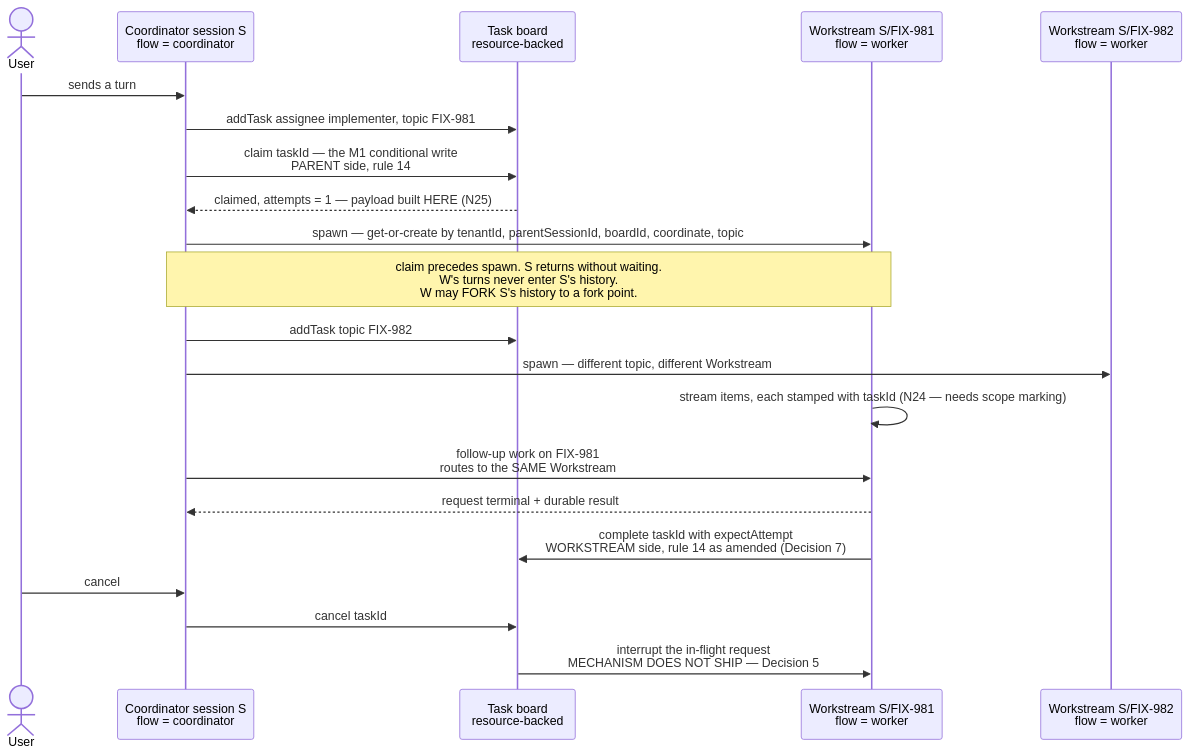
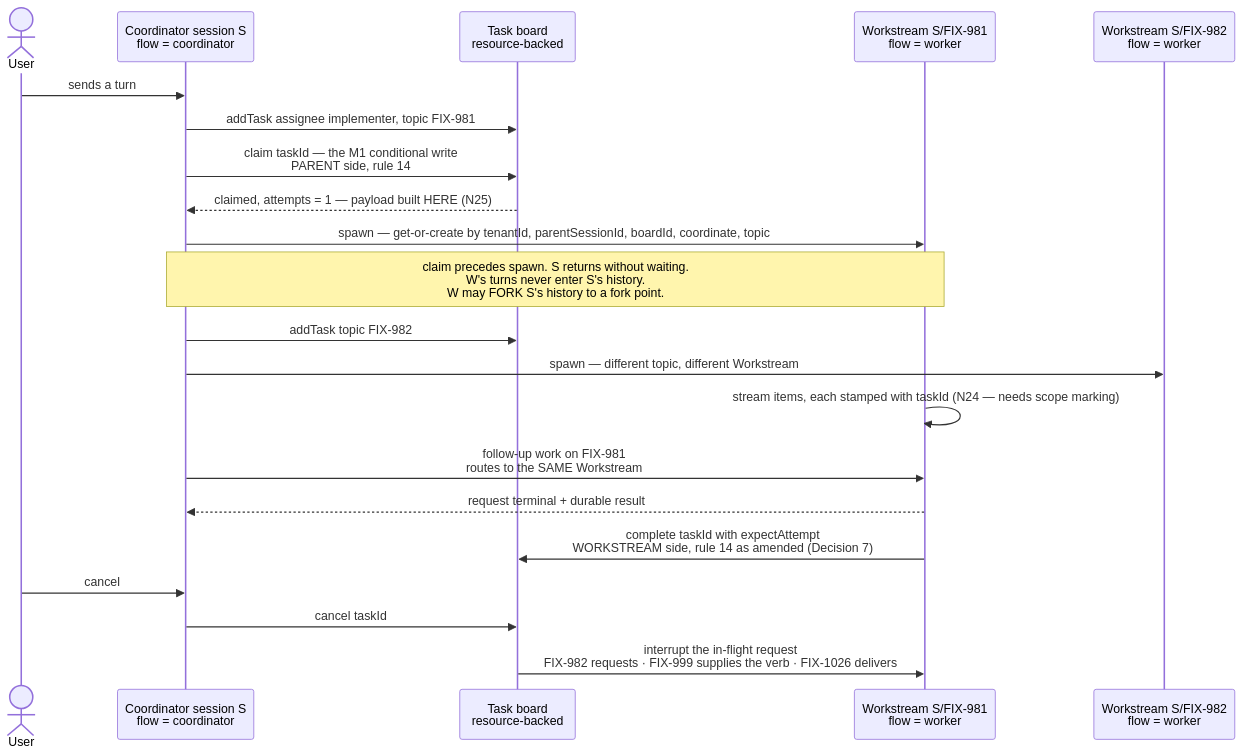
One commit to fixpoint-labs/flow-state-dev changed the first of 2 diagrams in docs/specs/_epics/durable-jobs.md. Above: the diagram before and after it, drawn with Mermaid. The commit also changed other lines of this file and 1 other file, not shown here.

````diff
--- a/docs/specs/_epics/durable-jobs.md
+++ b/docs/specs/_epics/durable-jobs.md
@@ -39,24 +39,24 @@
 ```mermaid
 sequenceDiagram
   actor U as User
   participant C as Coordinator session S<br/>flow = coordinator
   participant B as Task board<br/>resource-backed
   participant W as Workstream S/FIX-981<br/>flow = worker
   participant W2 as Workstream S/FIX-982<br/>flow = worker
 
   U->>C: sends a turn
   C->>B: addTask assignee implementer, topic FIX-981
   C->>B: claim taskId — the M1 conditional write<br/>PARENT side, rule 14
   B-->>C: claimed, attempts = 1 — payload built HERE (N25)
   C->>W: spawn — get-or-create by tenantId, parentSessionId, boardId, coordinate, topic
   Note over C,W: claim precedes spawn. S returns without waiting.<br/>W's turns never enter S's history.<br/>W may FORK S's history to a fork point.
   C->>B: addTask topic FIX-982
   C->>W2: spawn — different topic, different Workstream
   W->>W: stream items, each stamped with taskId (N24 — needs scope marking)
   C->>W: follow-up work on FIX-981<br/>routes to the SAME Workstream
   W-->>C: request terminal + durable result
   W->>B: complete taskId with expectAttempt<br/>WORKSTREAM side, rule 14 as amended (Decision 7)
   U->>C: cancel
   C->>B: cancel taskId
-  B->>W: interrupt the in-flight request<br/>MECHANISM DOES NOT SHIP — Decision 5
+  B->>W: interrupt the in-flight request<br/>FIX-982 requests · FIX-999 supplies the verb · FIX-1026 delivers
 ```
````
